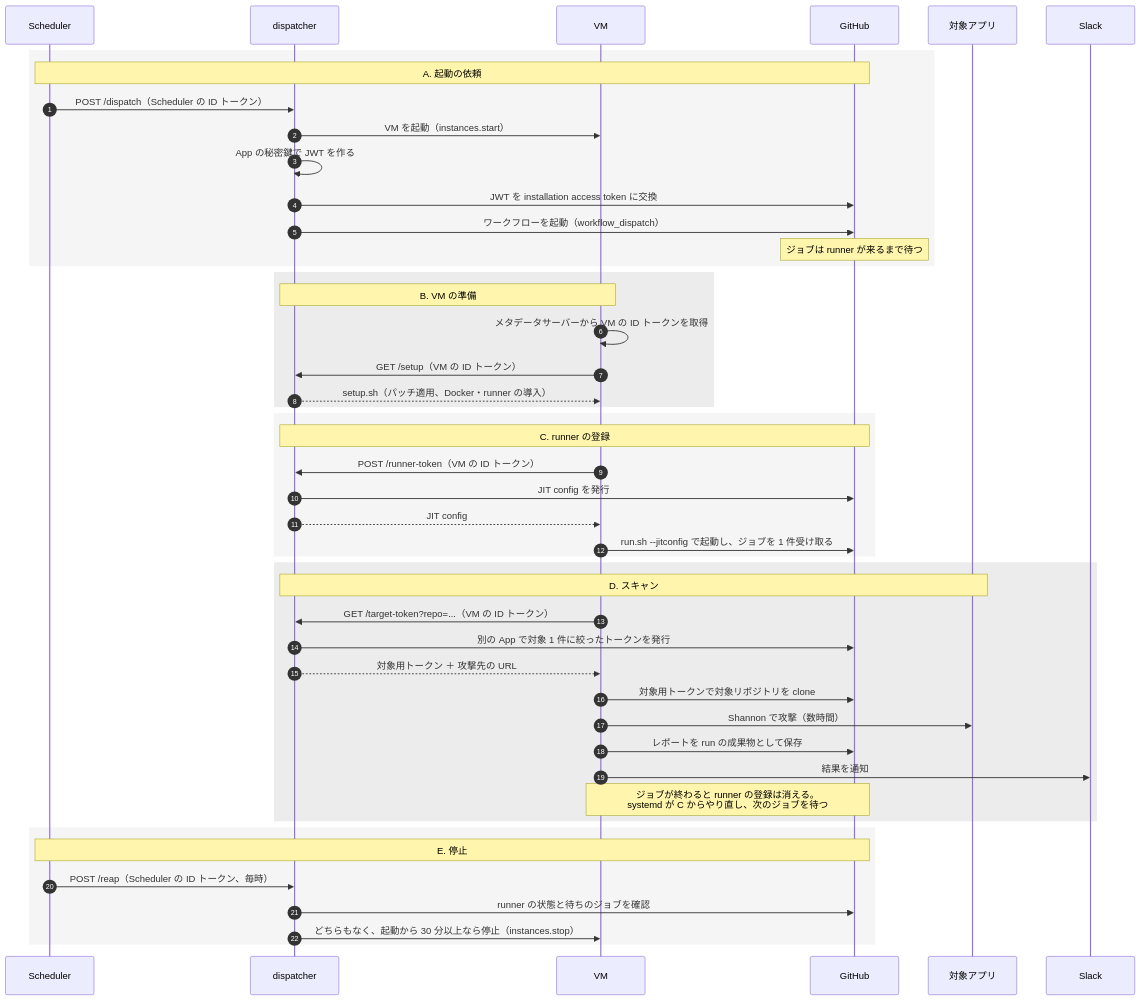
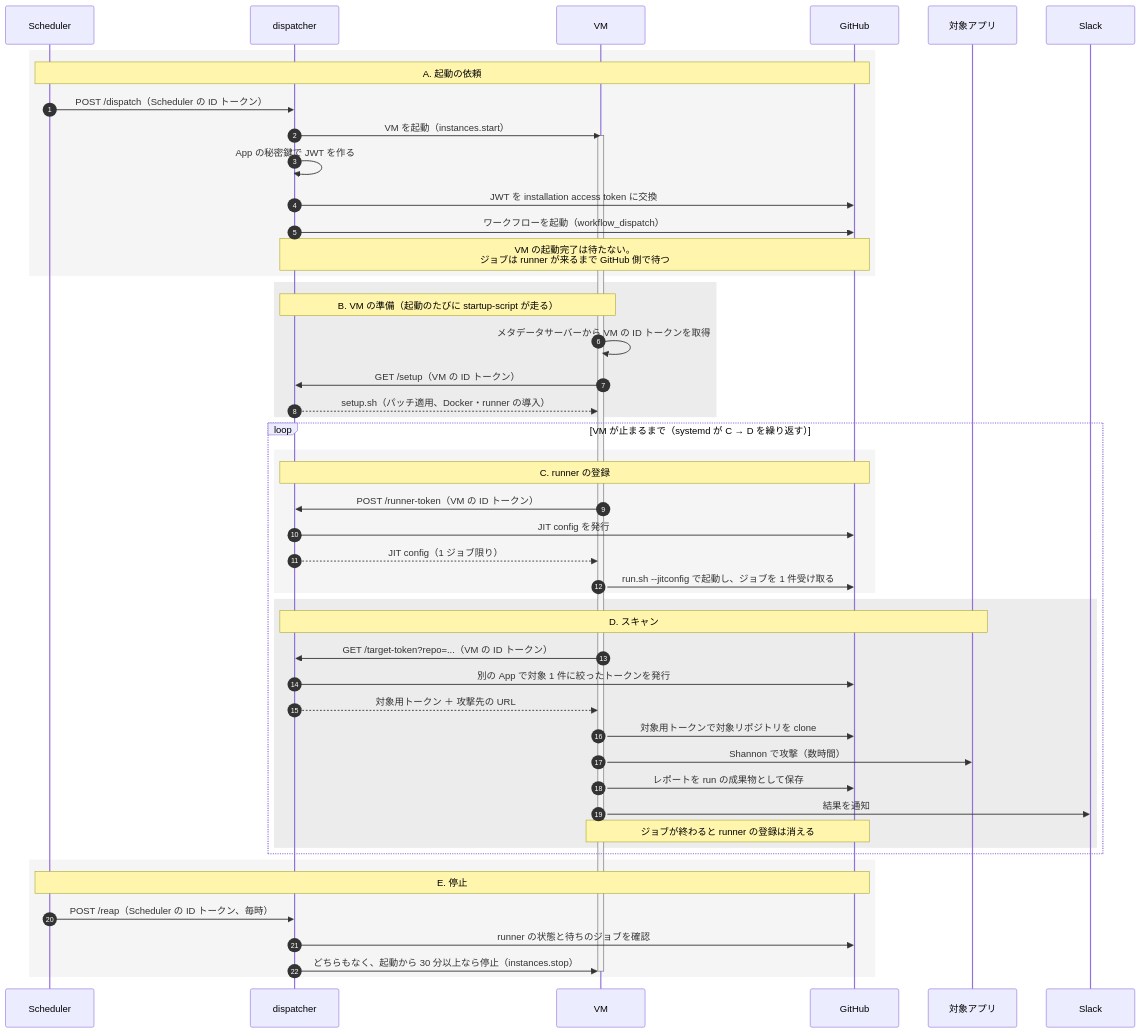
Before and after one commit to newbee1939/h6o: the first of 2 diagrams in posts/shannon-runner.ja.md, drawn with Mermaid. The commit also changed other lines of this file and 4 other files, not shown here.

````diff
--- a/posts/shannon-runner.ja.md
+++ b/posts/shannon-runner.ja.md
@@ -111,54 +111,58 @@
 ```mermaid
 sequenceDiagram
   autonumber
   participant S as Scheduler
   participant D as dispatcher
   participant V as VM
   participant G as GitHub
   participant T as 対象アプリ
   participant SL as Slack
 
   rect rgba(128, 128, 128, 0.08)
     Note over S,G: A. 起動の依頼
     S->>D: POST /dispatch（Scheduler の ID トークン）
     D->>V: VM を起動（instances.start）
+    activate V
     D->>D: App の秘密鍵で JWT を作る
     D->>G: JWT を installation access token に交換
     D->>G: ワークフローを起動（workflow_dispatch）
-    Note over G: ジョブは runner が来るまで待つ
+    Note over D,G: VM の起動完了は待たない。<br>ジョブは runner が来るまで GitHub 側で待つ
   end
 
   rect rgba(128, 128, 128, 0.15)
-    Note over D,V: B. VM の準備
+    Note over D,V: B. VM の準備（起動のたびに startup-script が走る）
     V->>V: メタデータサーバーから VM の ID トークンを取得
     V->>D: GET /setup（VM の ID トークン）
     D-->>V: setup.sh（パッチ適用、Docker・runner の導入）
   end
 
-  rect rgba(128, 128, 128, 0.08)
-    Note over D,G: C. runner の登録
-    V->>D: POST /runner-token（VM の ID トークン）
-    D->>G: JIT config を発行
-    D-->>V: JIT config
-    V->>G: run.sh --jitconfig で起動し、ジョブを 1 件受け取る
-  end
+  loop VM が止まるまで（systemd が C → D を繰り返す）
+    rect rgba(128, 128, 128, 0.08)
+      Note over D,G: C. runner の登録
+      V->>D: POST /runner-token（VM の ID トークン）
+      D->>G: JIT config を発行
+      D-->>V: JIT config（1 ジョブ限り）
+      V->>G: run.sh --jitconfig で起動し、ジョブを 1 件受け取る
+    end
 
-  rect rgba(128, 128, 128, 0.15)
-    Note over D,T: D. スキャン
-    V->>D: GET /target-token?repo=...（VM の ID トークン）
-    D->>G: 別の App で対象 1 件に絞ったトークンを発行
-    D-->>V: 対象用トークン ＋ 攻撃先の URL
-    V->>G: 対象用トークンで対象リポジトリを clone
-    V->>T: Shannon で攻撃（数時間）
-    V->>G: レポートを run の成果物として保存
-    V->>SL: 結果を通知
-    Note over V,G: ジョブが終わると runner の登録は消える。<br>systemd が C からやり直し、次のジョブを待つ
+    rect rgba(128, 128, 128, 0.15)
+      Note over D,T: D. スキャン
+      V->>D: GET /target-token?repo=...（VM の ID トークン）
+      D->>G: 別の App で対象 1 件に絞ったトークンを発行
+      D-->>V: 対象用トークン ＋ 攻撃先の URL
+      V->>G: 対象用トークンで対象リポジトリを clone
+      V->>T: Shannon で攻撃（数時間）
+      V->>G: レポートを run の成果物として保存
+      V->>SL: 結果を通知
+      Note over V,G: ジョブが終わると runner の登録は消える
+    end
   end
 
   rect rgba(128, 128, 128, 0.08)
     Note over S,G: E. 停止
     S->>D: POST /reap（Scheduler の ID トークン、毎時）
     D->>G: runner の状態と待ちのジョブを確認
     D->>V: どちらもなく、起動から 30 分以上なら停止（instances.stop）
+    deactivate V
   end
 ```
````
